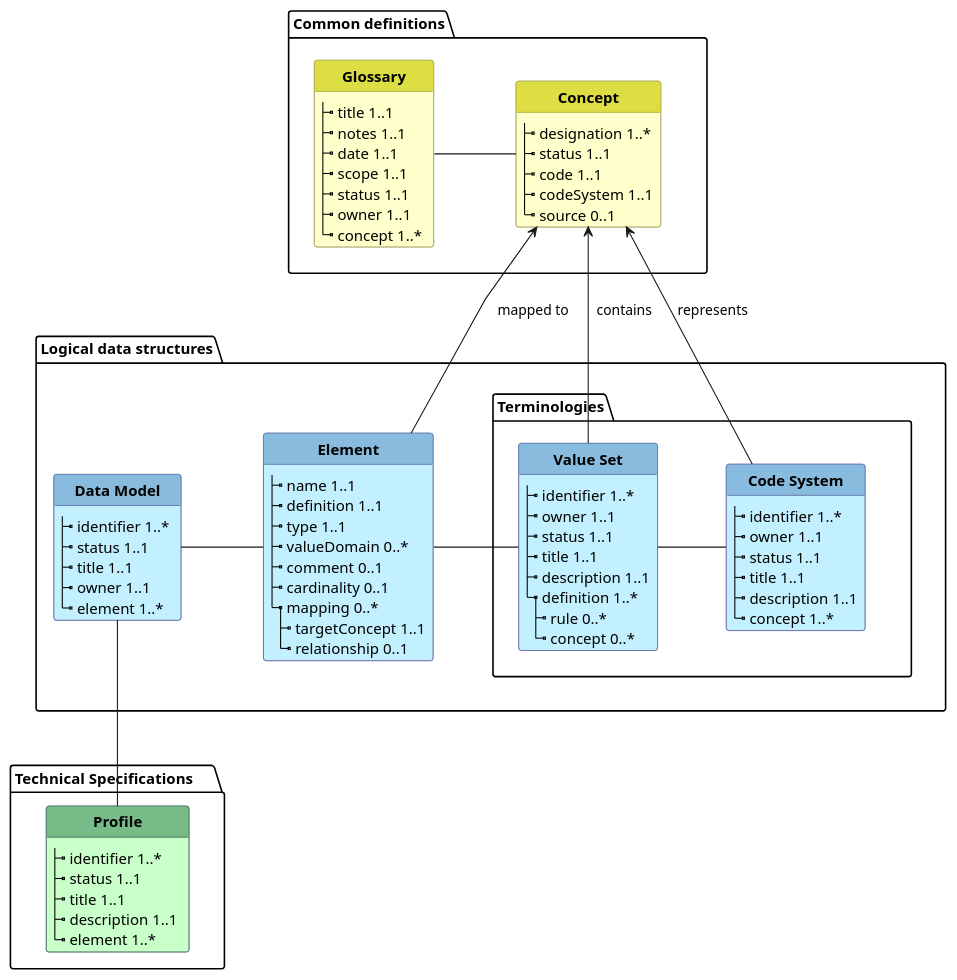
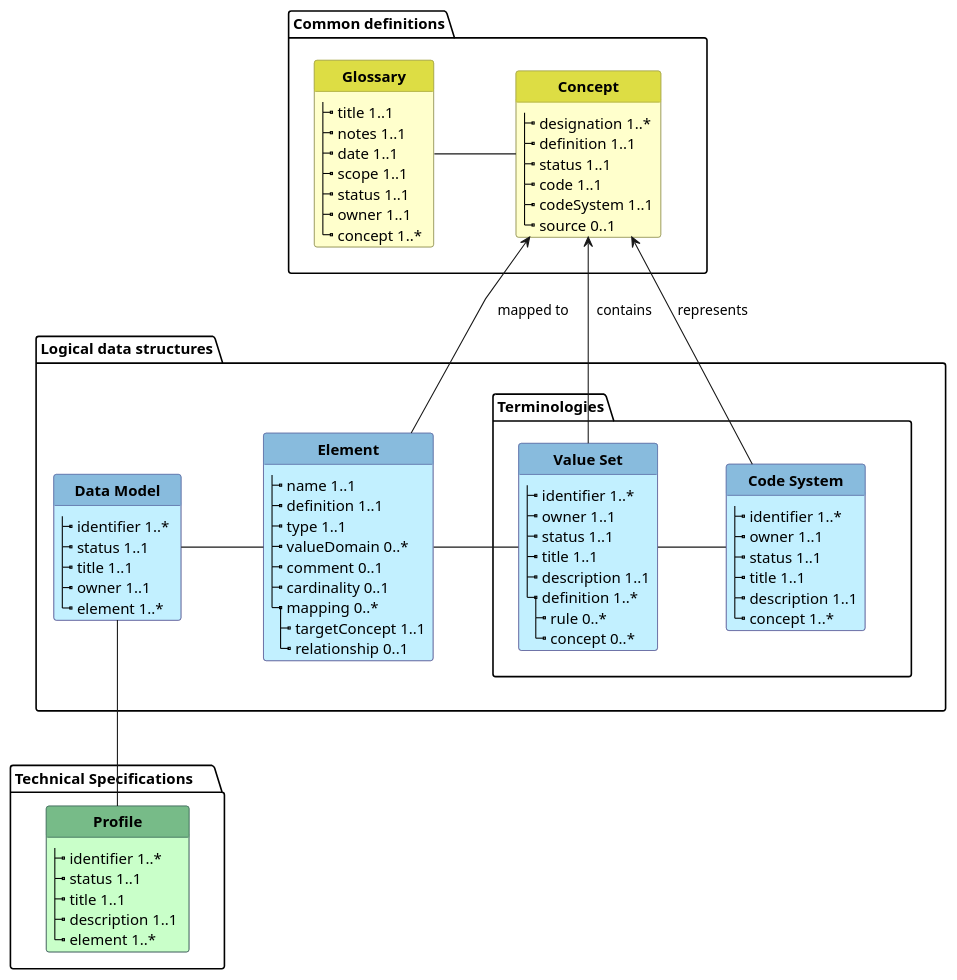
The diagram in input/images-source/metadata.plantuml (Xt-EHR/xt-ehr-metadata), drawn with PlantUML before and after one commit.

```diff
--- a/input/images-source/metadata.plantuml
+++ b/input/images-source/metadata.plantuml
@@ -1,126 +1,127 @@
 @startuml
 
 'skinparam linetype ortho
 skinparam linetype polyline
 hide circle
 hide stereotype
 hide methods
 
 '!pragma layout smetana
 
 skinparam class<<MD>> {
  BorderColor DarkSlateGray
  BackgroundColor TECHNOLOGY
  HeaderBackgroundColor #7b8
 }
 
 skinparam class<<BU>> {
  BorderColor #909050
  BackgroundColor BUSINESS
  HeaderBackgroundColor #dd4
 }
 
 skinparam class<<TM>> {
  BorderColor #505090
  BackgroundColor APPLICATION
  HeaderBackgroundColor #8bd
 }
 
 
 Package "Common definitions" as glossary {
 
 class "**Glossary**" as G<<BU>> {
   |_ title 1..1
   |_ notes 1..1   
   |_ date 1..1
   |_ scope 1..1
   |_ status 1..1
   |_ owner 1..1
   |_ concept 1..*   
 }
 
 
 class "**Concept**" as C<<BU>> {
   |_ designation 1..*
+  |_ definition 1..1
   |_ status 1..1
   |_ code 1..1 
   |_ codeSystem 1..1  
   |_ source 0..1    
 }
 
 }
 
 Package "Logical data structures" as logical {
 class "**Data Model**" as LM<<TM>> {
   |_ identifier 1..*   
   |_ status 1..1
   |_ title 1..1
   |_ owner 1..1
   |_ element 1..*
 }
 
 
 class "**Element**" as EL<<TM>> {
   |_ name 1..1
   |_ definition 1..1
   |_ type 1..1
   |_ valueDomain 0..*
   |_ comment 0..1
   |_ cardinality 0..1
   |_ mapping 0..*
     |_ targetConcept 1..1  
     |_ relationship 0..1    
 }
 
 Package "Terminologies" as term {
 class "**Value Set**" as VS<<TM>> {
   |_ identifier 1..*   
   |_ owner 1..1   
   |_ status 1..1
   |_ title 1..1
   |_ description 1..1  
   |_ definition 1..*
     |_ rule 0..*
     |_ concept 0..*
 }
 
 class "**Code System**" as CS<<TM>> {
   |_ identifier 1..*   
   |_ owner 1..1   
   |_ status 1..1
   |_ title 1..1
   |_ description 1..1  
   |_ concept 1..*
 }
 }
 }
 
 Package "Technical Specifications     " as Profiles {
 class "**Profile**" as PR<<MD>> {
   |_ identifier 1..*   
   |_ status 1..1
   |_ title 1..1
   |_ description 1..1   
   |_ element 1..*
 }
 
 }
 
 
 
 G -r- C:  "            "  
 C <-r- CS: " represents " 
 C <-d- VS: "  contains "  
 C <-d- EL:  "   mapped to   "  
 
 LM -r- EL:  "            "  
 EL-r- VS: "             "
 VS -r- CS: "        "
 LM-d- PR: "      "
 
 LM -u[hidden]- G: "      "
 
 
 glossary -d[hidden]- term
 
 @enduml
```
